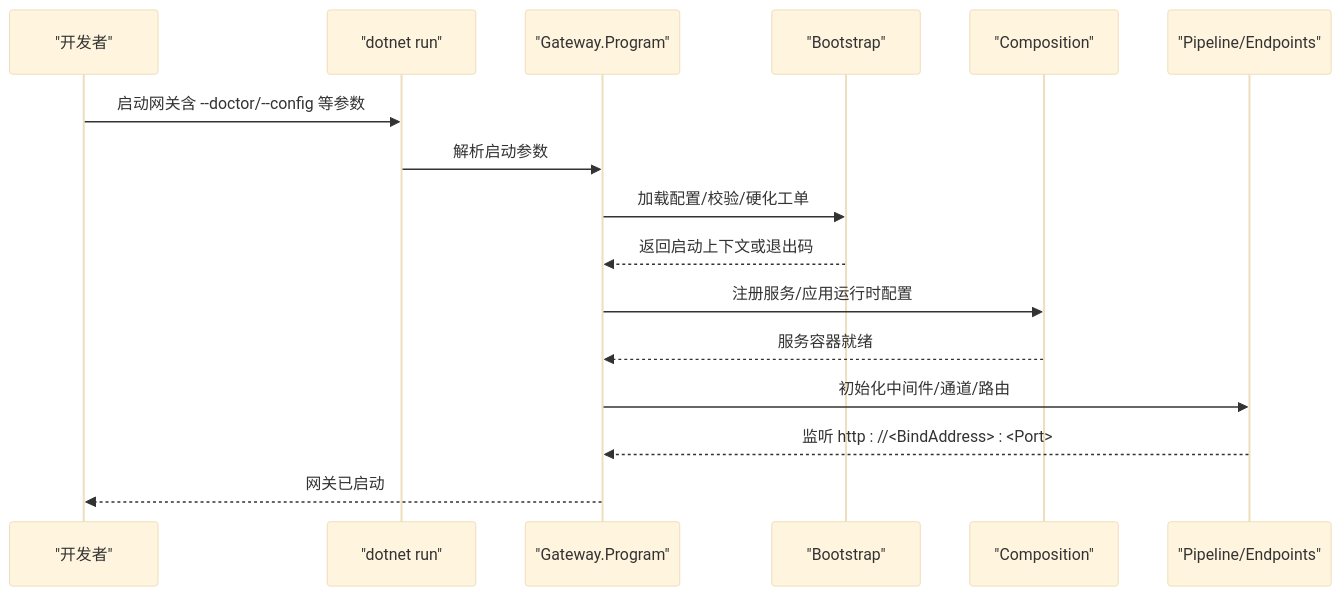
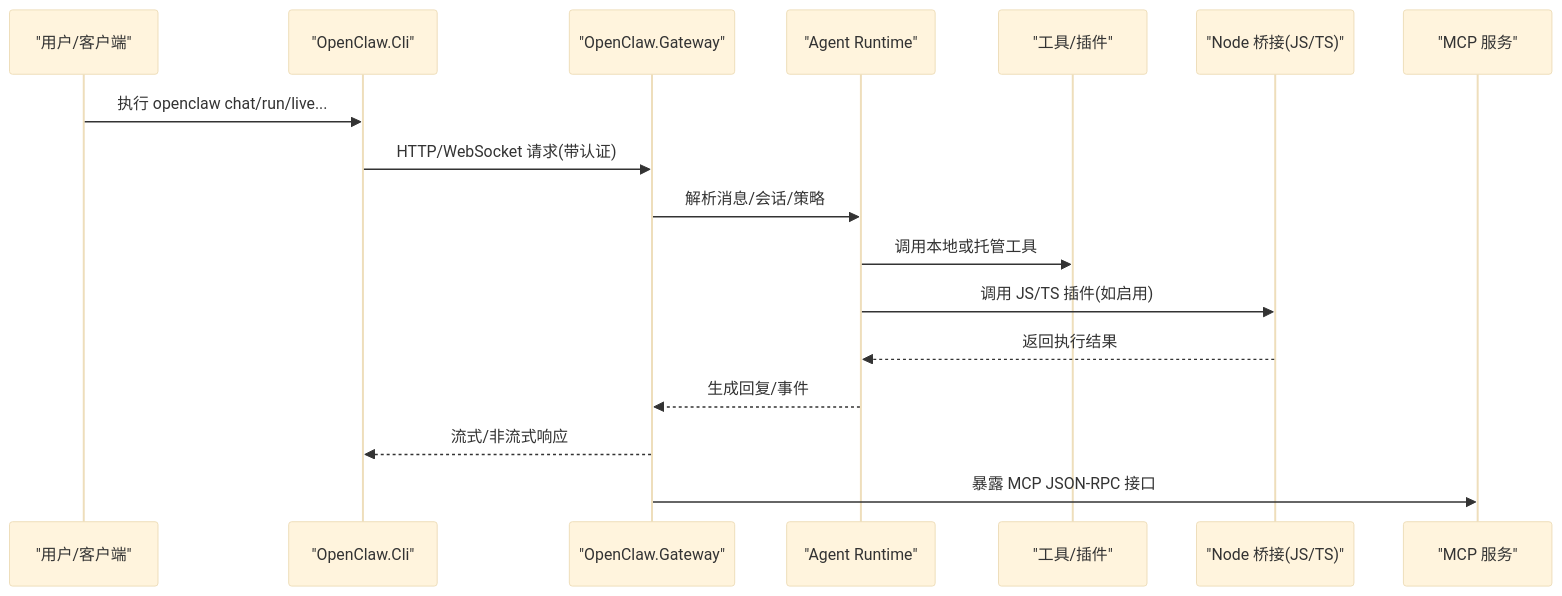
Before and after one commit to wayyet/kingcrab: the second of 3 diagrams in .qoder/repowiki/zh/content/快速开始.md, drawn with Mermaid (base theme). The commit also changed other lines of this file and 431 other files, not shown here.

````diff
--- a/.qoder/repowiki/zh/content/快速开始.md
+++ b/.qoder/repowiki/zh/content/快速开始.md
@@ -227,18 +110,19 @@
 ```mermaid
 sequenceDiagram
-participant Dev as "开发者"
-participant CLI as "dotnet run"
-participant GW as "Gateway.Program"
-participant Boot as "Bootstrap"
-participant Comp as "Composition"
-participant Pipe as "Pipeline/Endpoints"
-Dev->>CLI : 启动网关含 --doctor/--config 等参数
-CLI->>GW : 解析启动参数
-GW->>Boot : 加载配置/校验/硬化工单
-Boot-->>GW : 返回启动上下文或退出码
-GW->>Comp : 注册服务/应用运行时配置
-Comp-->>GW : 服务容器就绪
-GW->>Pipe : 初始化中间件/通道/路由
-Pipe-->>GW : 监听 http : //<BindAddress> : <Port>
-GW-->>Dev : 网关已启动
+participant U as "用户/客户端"
+participant CLI as "OpenClaw.Cli"
+participant GW as "OpenClaw.Gateway"
+participant RT as "Agent Runtime"
+participant PL as "工具/插件"
+participant BR as "Node 桥接(JS/TS)"
+participant MCPS as "MCP 服务"
+U->>CLI : 执行 openclaw chat/run/live...
+CLI->>GW : HTTP/WebSocket 请求(带认证)
+GW->>RT : 解析消息/会话/策略
+RT->>PL : 调用本地或托管工具
+RT->>BR : 调用 JS/TS 插件(如启用)
+BR-->>RT : 返回执行结果
+RT-->>GW : 生成回复/事件
+GW-->>CLI : 流式/非流式响应
+GW->>MCPS : 暴露 MCP JSON-RPC 接口
 ```
````
